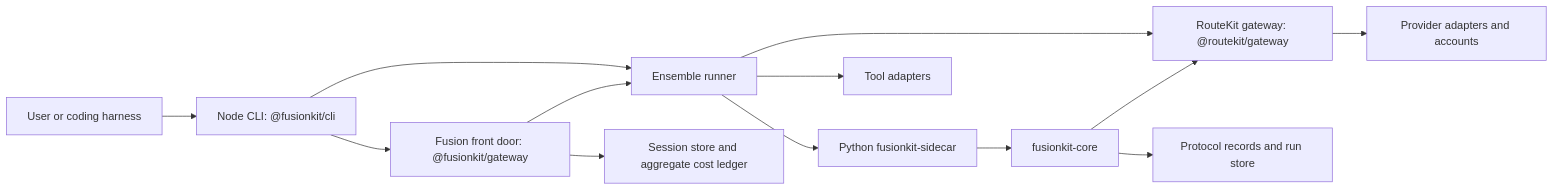
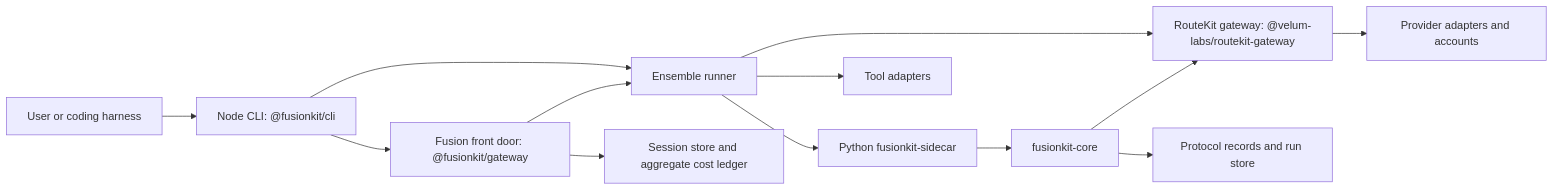
Before and after one commit to velum-labs/handoffkit: the first of 2 diagrams in docs/repository-reference.md, drawn with Mermaid. The commit also changed other lines of this file and 358 other files, not shown here.

First line of the commit message:
Publish RouteKit packages under @velum-labs (#181)

````diff
--- a/docs/repository-reference.md
+++ b/docs/repository-reference.md
@@ -13,15 +13,15 @@
 ```mermaid
 flowchart LR
   User[User or coding harness] --> CLI[Node CLI: @fusionkit/cli]
   CLI --> FusionGateway["Fusion front door: @fusionkit/gateway"]
   CLI --> Ensemble[Ensemble runner]
   FusionGateway --> Sessions[Session store and aggregate cost ledger]
   FusionGateway --> Ensemble
-  Ensemble --> RouteKitGateway["RouteKit gateway: @routekit/gateway"]
+  Ensemble --> RouteKitGateway["RouteKit gateway: @velum-labs/routekit-gateway"]
   RouteKitGateway --> Providers[Provider adapters and accounts]
   Ensemble --> PythonServer[Python fusionkit-sidecar]
   Ensemble --> Tools[Tool adapters]
   PythonServer --> Core[fusionkit-core]
   Core --> RouteKitGateway
   Core --> Records[Protocol records and run store]
 ```
````
